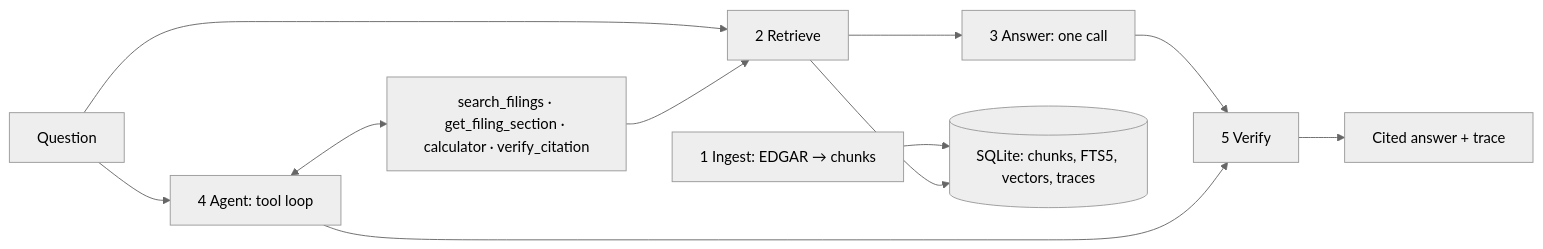
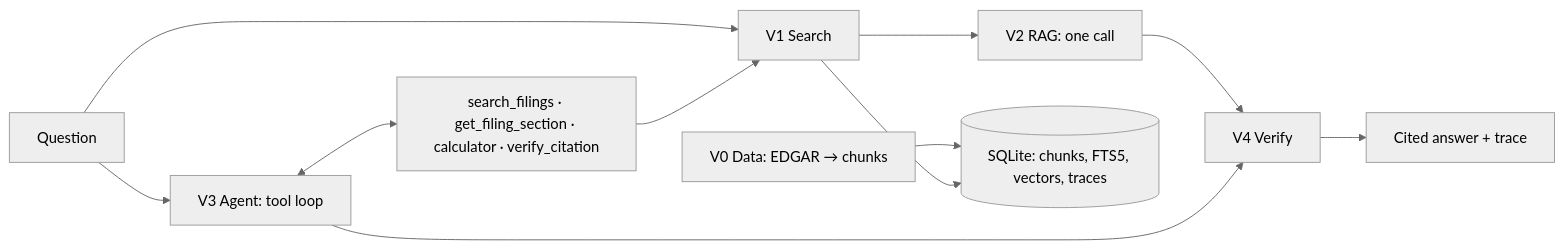
Before and after one commit to Michae1Park/10k-agent: the diagram in README.md, drawn with Mermaid (neutral theme). The commit also changed other lines of this file and 43 other files, not shown here.

````diff
--- a/README.md
+++ b/README.md
@@ -27,11 +27,11 @@
 ```mermaid
 flowchart LR
-  Q[Question] --> R[2 Retrieve]
-  R --> A[3 Answer: one call] --> V[5 Verify]
-  Q --> G[4 Agent: tool loop] --> V
+  Q[Question] --> R[V1 Search]
+  R --> A[V2 RAG: one call] --> V[V4 Verify]
+  Q --> G[V3 Agent: tool loop] --> V
   G <--> T[search_filings · get_filing_section · calculator · verify_citation]
   T --> R
-  I[1 Ingest: EDGAR → chunks] --> DB[(SQLite: chunks, FTS5, vectors, traces)]
+  I[V0 Data: EDGAR → chunks] --> DB[(SQLite: chunks, FTS5, vectors, traces)]
   R --> DB
   V --> O[Cited answer + trace]
 ```
````
